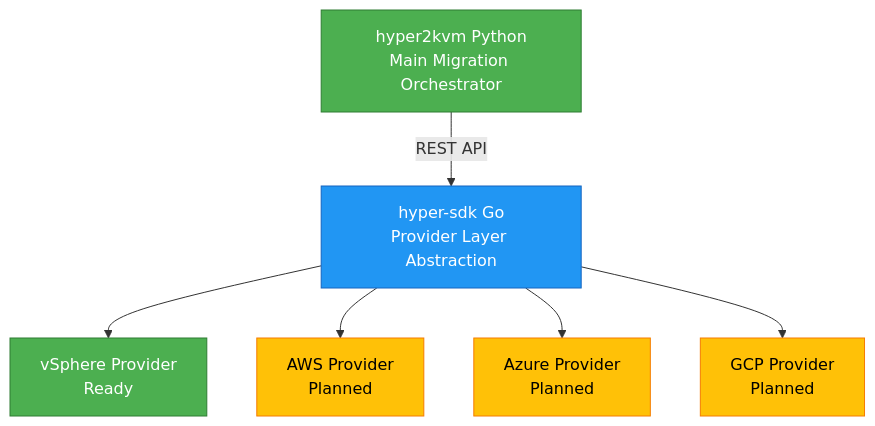
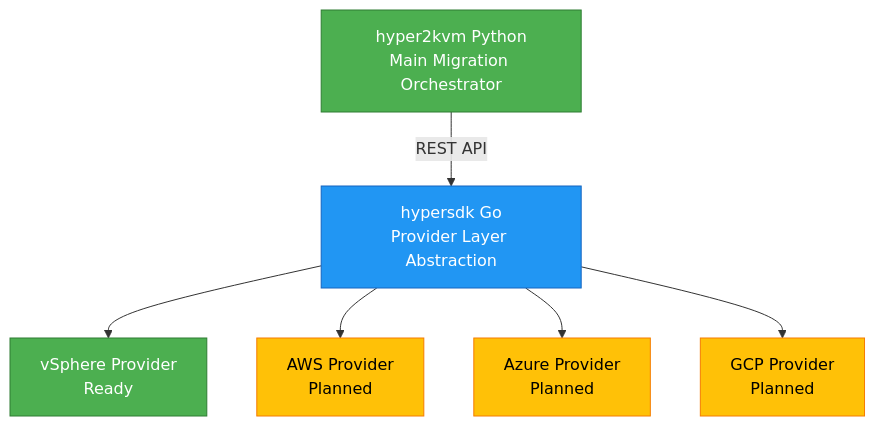
The diagram in README.md (ssahani/hypersdk), drawn with Mermaid before and after one commit. The commit also changed other lines of this file and 22 other files, not shown here.

First line of the commit message:
Rename project from hyper-sdk to hypersdk

````diff
--- a/README.md
+++ b/README.md
@@ -39,22 +39,22 @@
 ```mermaid
 graph TB
     A[hyper2kvm Python<br/>Main Migration Orchestrator]
-    B[hyper-sdk Go<br/>Provider Layer Abstraction]
+    B[hypersdk Go<br/>Provider Layer Abstraction]
     C[vSphere Provider<br/>Ready]
     D[AWS Provider<br/>Planned]
     E[Azure Provider<br/>Planned]
     F[GCP Provider<br/>Planned]
 
     A -->|REST API| B
     B --> C
     B --> D
     B --> E
     B --> F
 
     style A fill:#4CAF50,stroke:#2E7D32,color:#fff
     style B fill:#2196F3,stroke:#1565C0,color:#fff
     style C fill:#4CAF50,stroke:#2E7D32,color:#fff
     style D fill:#FFC107,stroke:#F57C00,color:#000
     style E fill:#FFC107,stroke:#F57C00,color:#000
     style F fill:#FFC107,stroke:#F57C00,color:#000
 ```
````
